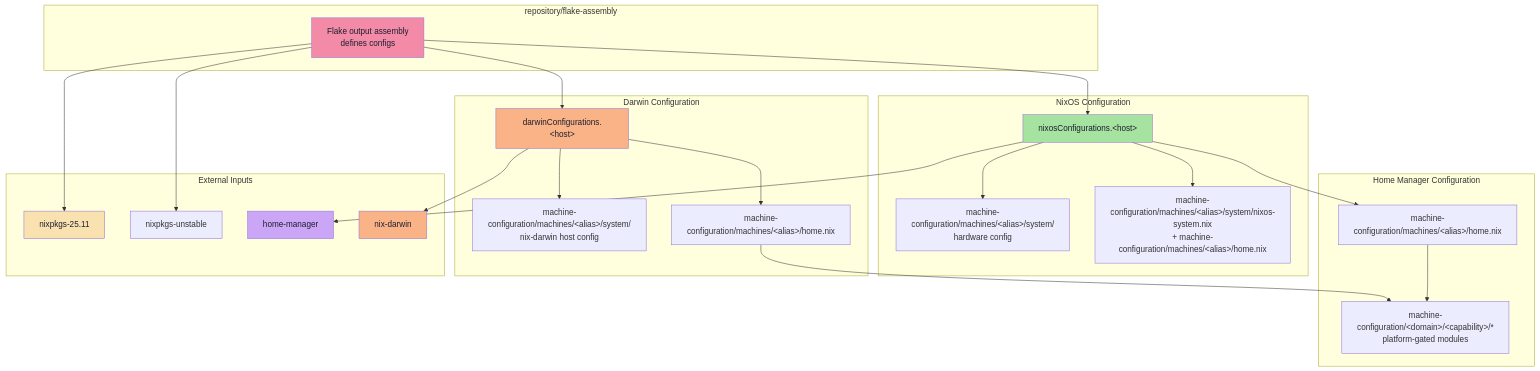
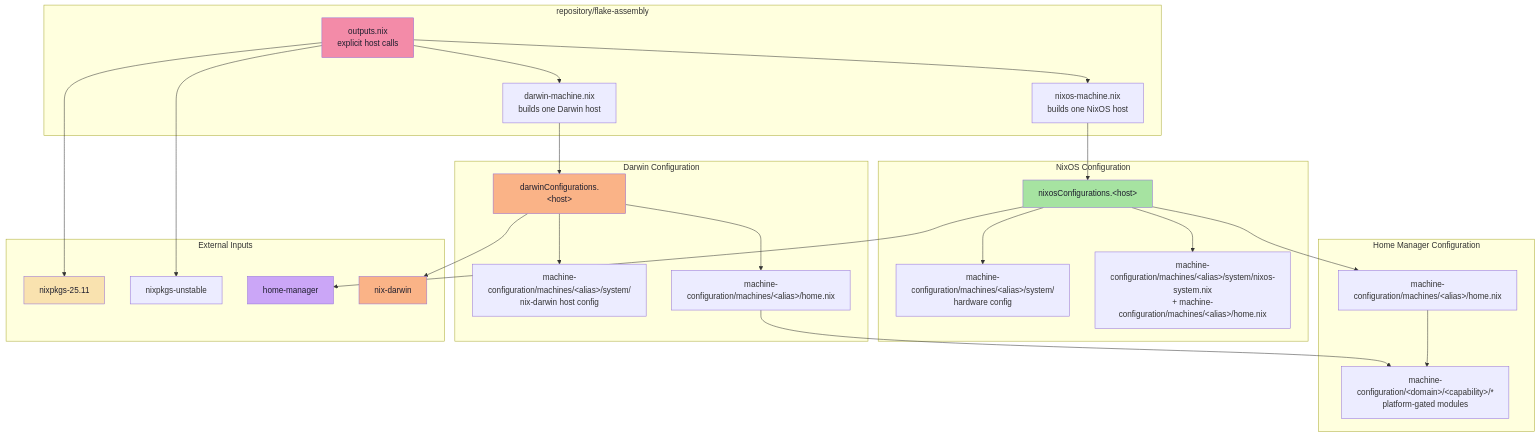
Before and after one commit to Castrozan/.dotfiles: the diagram in README.md, drawn with Mermaid. The commit also changed other lines of this file and 10 other files, not shown here.

First line of the commit message:
refactor(flake-assembly): make every host an explicit call

````diff
--- a/README.md
+++ b/README.md
@@ -137,55 +137,59 @@
 ```mermaid
 graph TD
     subgraph "repository/flake-assembly"
-        Flake["Flake output assembly<br/>defines configs"]
+        Flake["outputs.nix<br/>explicit host calls"]
+        NixOSMachine["nixos-machine.nix<br/>builds one NixOS host"]
+        DarwinMachine["darwin-machine.nix<br/>builds one Darwin host"]
     end
 
     subgraph "NixOS Configuration"
         NixOS["nixosConfigurations.&lt;host&gt;"]
         Host["machine-configuration/machines/&lt;alias&gt;/system/<br/>hardware config"]
         UserNixOS["machine-configuration/machines/&lt;alias&gt;/system/nixos-system.nix<br/>+ machine-configuration/machines/&lt;alias&gt;/home.nix"]
     end
 
     subgraph "Darwin Configuration"
         Darwin["darwinConfigurations.&lt;host&gt;"]
         DarwinHost["machine-configuration/machines/&lt;alias&gt;/system/<br/>nix-darwin host config"]
         DarwinHome["machine-configuration/machines/&lt;alias&gt;/home.nix"]
     end
 
     subgraph "Home Manager Configuration"
         UserHome["machine-configuration/machines/&lt;alias&gt;/home.nix"]
         Modules["machine-configuration/&lt;domain&gt;/&lt;capability&gt;/*<br/>platform-gated modules"]
     end
 
     subgraph "External Inputs"
         Nixpkgs["nixpkgs-25.11"]
         Unstable["nixpkgs-unstable"]
         HM["home-manager"]
         ND["nix-darwin"]
     end
 
-    Flake --> NixOS
-    Flake --> Darwin
+    Flake --> NixOSMachine
+    Flake --> DarwinMachine
+    NixOSMachine --> NixOS
+    DarwinMachine --> Darwin
 
     NixOS --> Host
     NixOS --> UserNixOS
     NixOS --> HM
 
     Darwin --> DarwinHost
     Darwin --> DarwinHome
     Darwin --> ND
 
     NixOS --> UserHome
     UserHome --> Modules
     DarwinHome --> Modules
     
     Flake --> Nixpkgs
     Flake --> Unstable
 
     style Flake fill:#f38ba8,color:#1e1e2e
     style NixOS fill:#a6e3a1,color:#1e1e2e
     style Darwin fill:#fab387,color:#1e1e2e
     style Nixpkgs fill:#f9e2af,color:#1e1e2e
     style HM fill:#cba6f7,color:#1e1e2e
     style ND fill:#fab387,color:#1e1e2e
 ```
````
